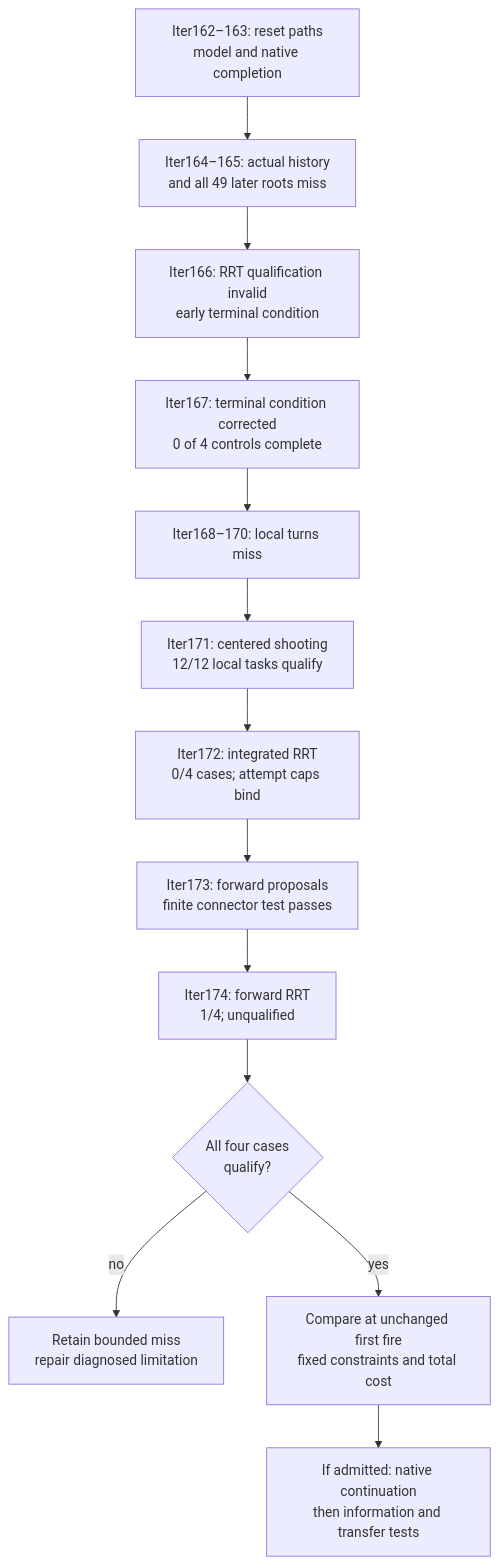
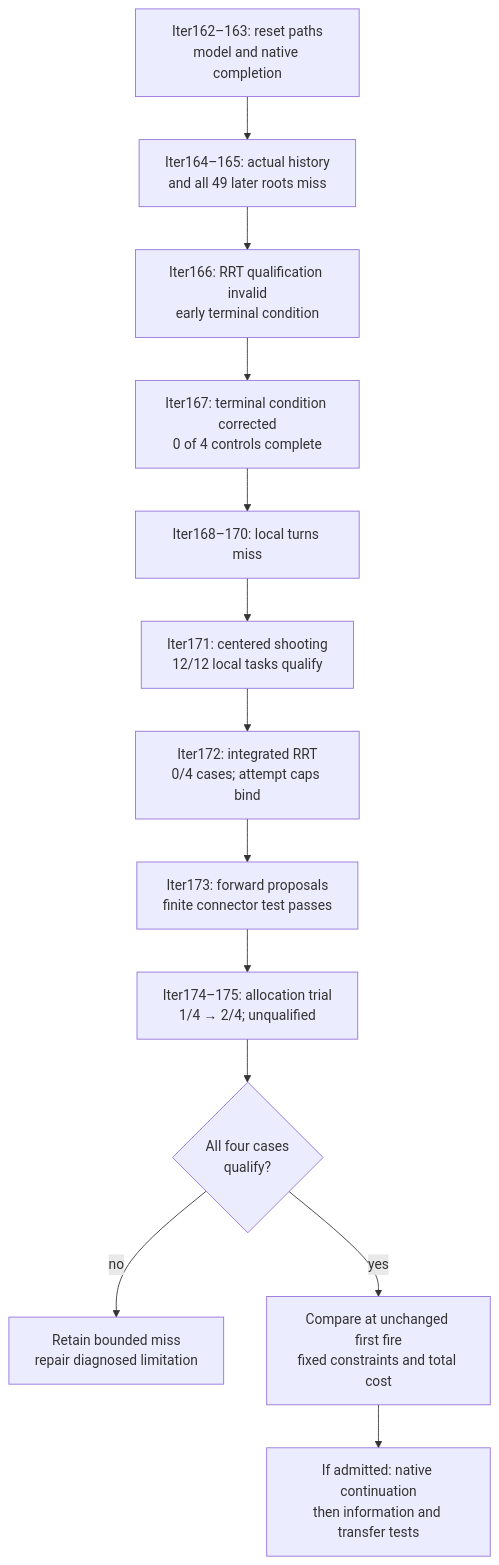
The third of 3 diagrams in README.md (manfromnowhere143/sentinel), drawn with Mermaid before and after one commit. The commit also changed other lines of this file and 21 other files, not shown here.

Commit message:
Close allocation trial at two of four and retain remaining failure modes

````diff
--- a/README.md
+++ b/README.md
@@ -825,17 +854,17 @@
 ```mermaid
 flowchart TB
   accTitle: Separate search competence from intervention timing
   accDescr: Finite source misses and failed adapter qualification do not prove unrecoverability.
   S["Iter162–163: reset paths<br/>model and native completion"] --> B["Iter164–165: actual history<br/>and all 49 later roots miss"]
   B --> Q["Iter166: RRT qualification invalid<br/>early terminal condition"]
   Q --> C["Iter167: terminal condition corrected<br/>0 of 4 controls complete"]
   C --> D["Iter168–170: local turns miss"]
   D --> E["Iter171: centered shooting<br/>12/12 local tasks qualify"]
   E --> F["Iter172: integrated RRT<br/>0/4 cases; attempt caps bind"]
   F --> P["Iter173: forward proposals<br/>finite connector test passes"]
-  P --> U["Iter174: forward RRT<br/>1/4; unqualified"]
+  P --> U["Iter174–175: allocation trial<br/>1/4 → 2/4; unqualified"]
   U --> A{"All four cases<br/>qualify?"}
   A -- "no" --> N["Retain bounded miss<br/>repair diagnosed limitation"]
   A -- "yes" --> R["Compare at unchanged first fire<br/>fixed constraints and total cost"]
   R --> W["If admitted: native continuation<br/>then information and transfer tests"]
 ```
````
